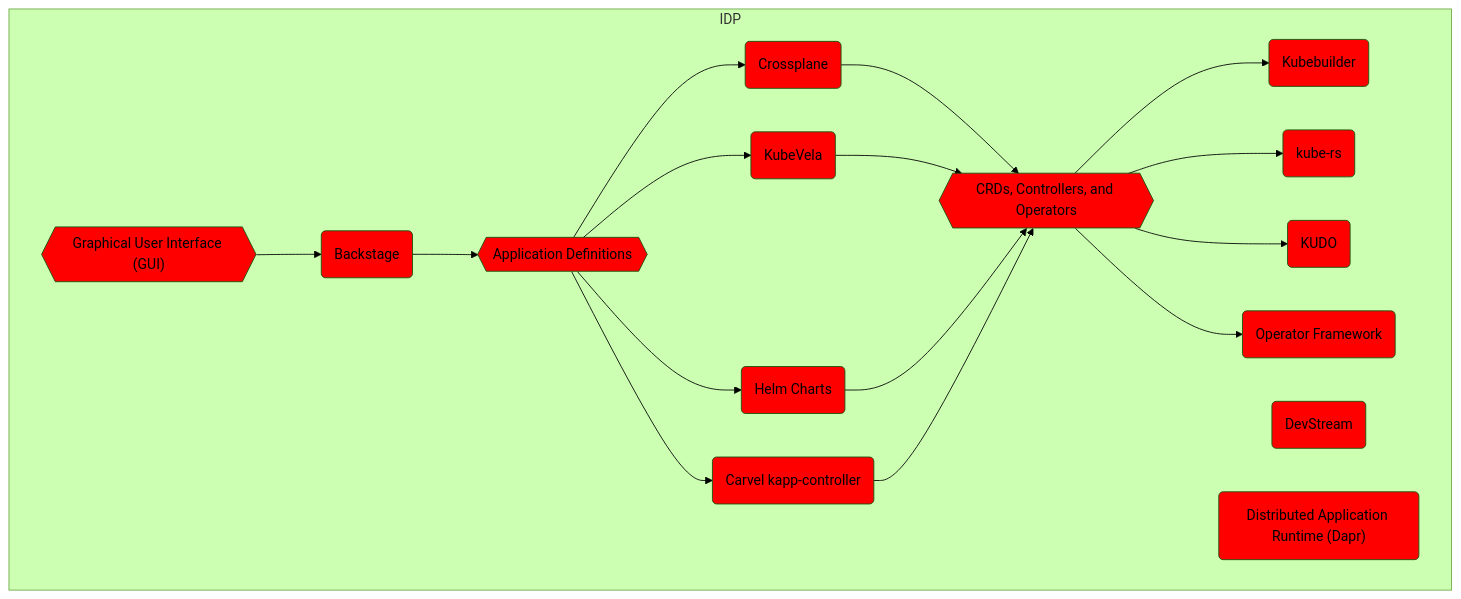
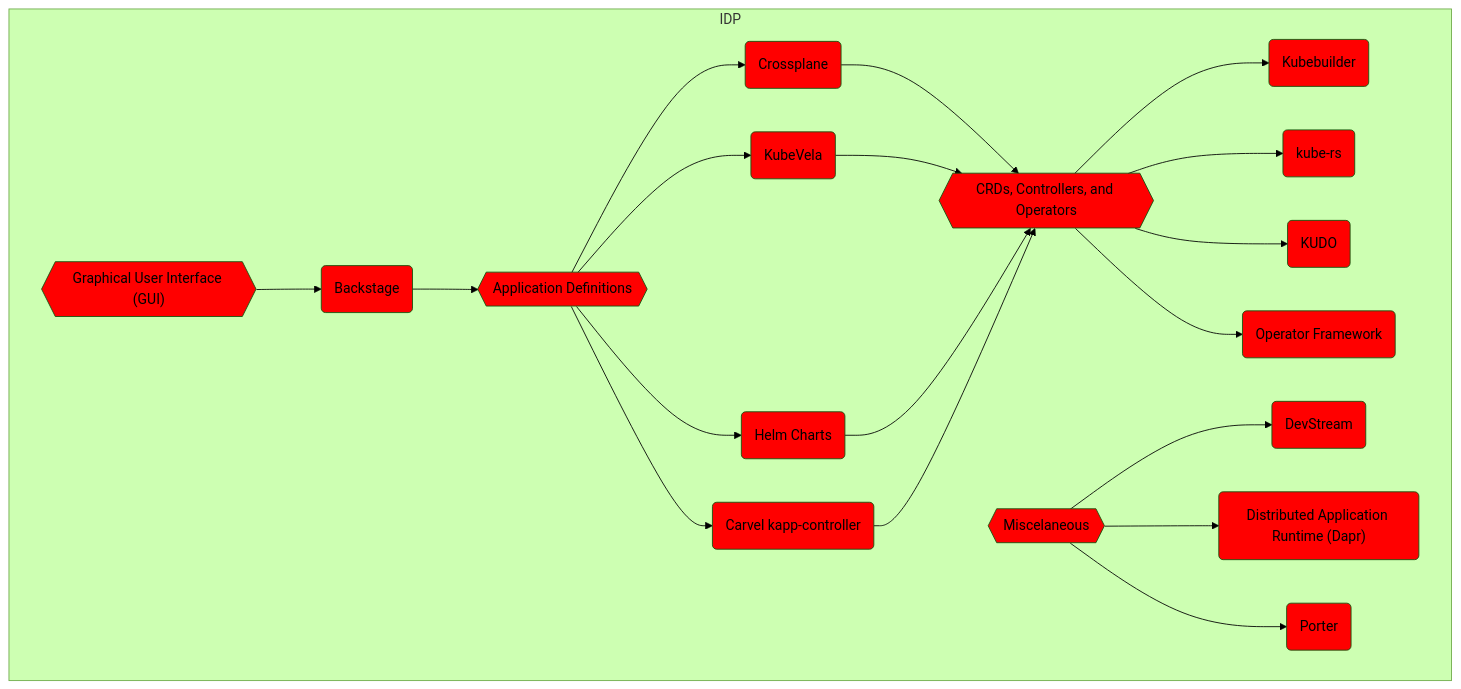
One commit to vfarcic/cncf-demo changed the eighth of 11 diagrams in solution.md. Above: the diagram before and after it, drawn with Mermaid (forest theme). The commit also changed other lines of this file, not shown here.

````diff
--- a/solution.md
+++ b/solution.md
@@ -714,54 +716,59 @@
 ```mermaid
 flowchart TD
 
     subgraph IDP
 
         %% ------------------------------------
         %% -- Graphical User Interface (GUI) --
         %% ------------------------------------
         gui{{"Graphical User Interface (GUI)"}}
         style gui fill:red
         gui-backstage(Backstage)
         style gui-backstage fill:red
         gui --> gui-backstage --> app-definitions
 
         %% -----------------------------
         %% -- Application Definitions --
         %% -----------------------------
         app-definitions{{Application Definitions}}
         style app-definitions fill:red
         app-definitions-crossplane(Crossplane)
         style app-definitions-crossplane fill:red
         app-definitions-kube-vela(KubeVela)
         style app-definitions-kube-vela fill:red
         app-definitions-helm(Helm Charts)
         style app-definitions-helm fill:red
         app-definitions-kapp-controller(Carvel kapp-controller)
         style app-definitions-kapp-controller fill:red
         app-definitions --> app-definitions-crossplane & app-definitions-kube-vela & app-definitions-helm & app-definitions-kapp-controller--> crd
 
         %% --------------------------------------
         %% -- CRDs, Controllers, and Operators --
         %% --------------------------------------
         crd{{CRDs, Controllers, and Operators}}
         style crd fill:red
         kubebuilder(Kubebuilder)
         style kubebuilder fill:red
         crd-kube-rs(kube-rs)
         style crd-kube-rs fill:red
         crd-kudo(KUDO)
         style crd-kudo fill:red
         crd-operator-framework(Operator Framework)
         style crd-operator-framework fill:red
         crd --> kubebuilder & crd-kube-rs & crd-kudo & crd-operator-framework
 
-        %% -----------
-        %% -- TODO: --
-        %% -----------
+        %% ------------------
+        %% -- Miscelaneous --
+        %% ------------------
+        idp-misc{{Miscelaneous}}
+        style idp-misc fill:red
         dev-stream(DevStream)
         style dev-stream fill:red
         dapr("Distributed Application Runtime (Dapr)")
         style dapr fill:red
+        porter(Porter)
+        style porter fill:red
+        idp-misc --> dev-stream & dapr & porter
 
     end
 ```
````
